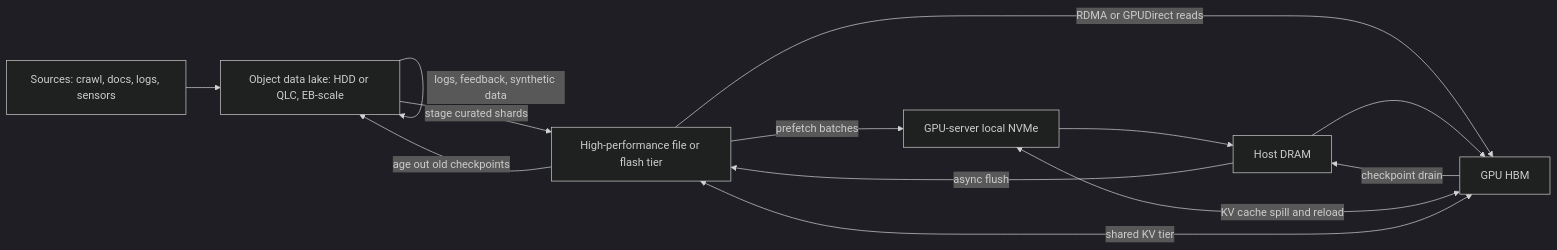
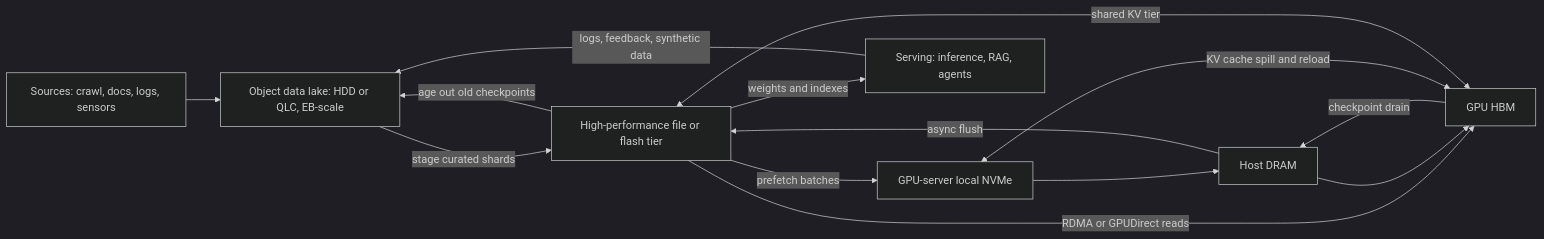
The second of 3 diagrams in docs/05-ai-storage/30-ai-data-pipeline.md (FrankHuang94/storage-_db_claude), drawn with Mermaid (dark theme) before and after one commit. The commit also changed other lines of this file and 7 other files, not shown here.

````diff
--- a/docs/05-ai-storage/30-ai-data-pipeline.md
+++ b/docs/05-ai-storage/30-ai-data-pipeline.md
@@ -95,15 +95,16 @@
 ```mermaid
 flowchart LR
     SRC["Sources: crawl, docs, logs, sensors"] --> LAKE["Object data lake: HDD or QLC, EB-scale"]
     LAKE -->|"stage curated shards"| HOT["High-performance file or flash tier"]
     HOT -->|"prefetch batches"| NVME["GPU-server local NVMe"]
     HOT -->|"RDMA or GPUDirect reads"| HBM["GPU HBM"]
     NVME --> DRAM["Host DRAM"]
     DRAM --> HBM
     HBM -->|"checkpoint drain"| DRAM
     DRAM -->|"async flush"| HOT
     HOT -->|"age out old checkpoints"| LAKE
     HBM <-->|"KV cache spill and reload"| NVME
     HBM <-->|"shared KV tier"| HOT
-    LAKE -->|"logs, feedback, synthetic data"| LAKE
+    HOT -->|"weights and indexes"| APP["Serving: inference, RAG, agents"]
+    APP -->|"logs, feedback, synthetic data"| LAKE
 ```
````
